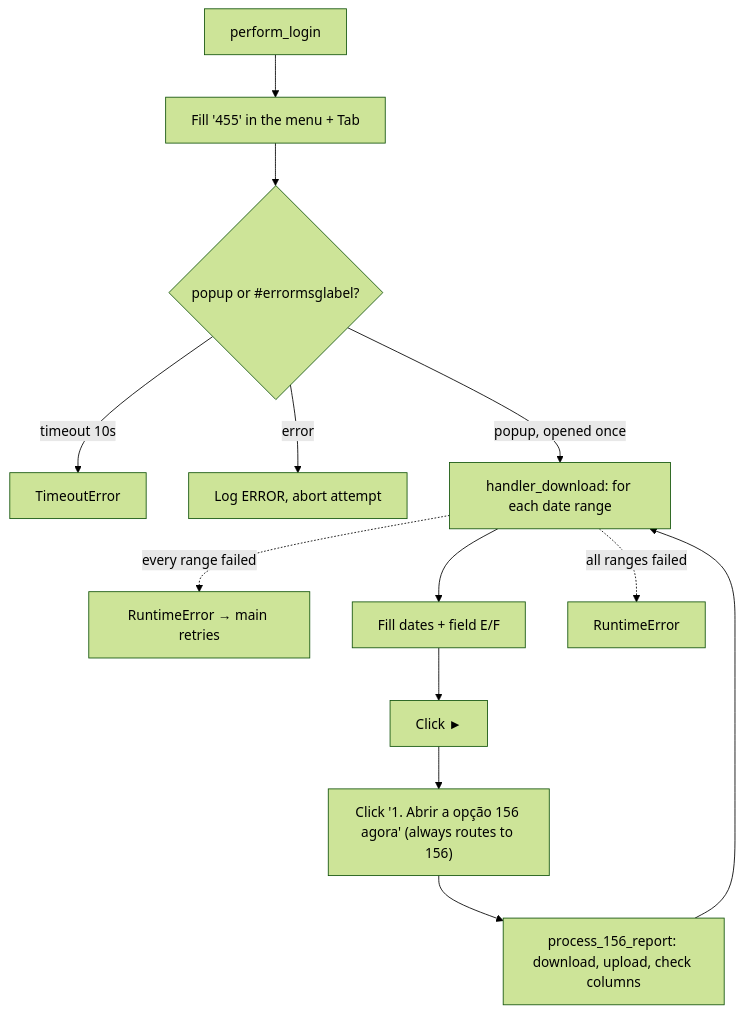
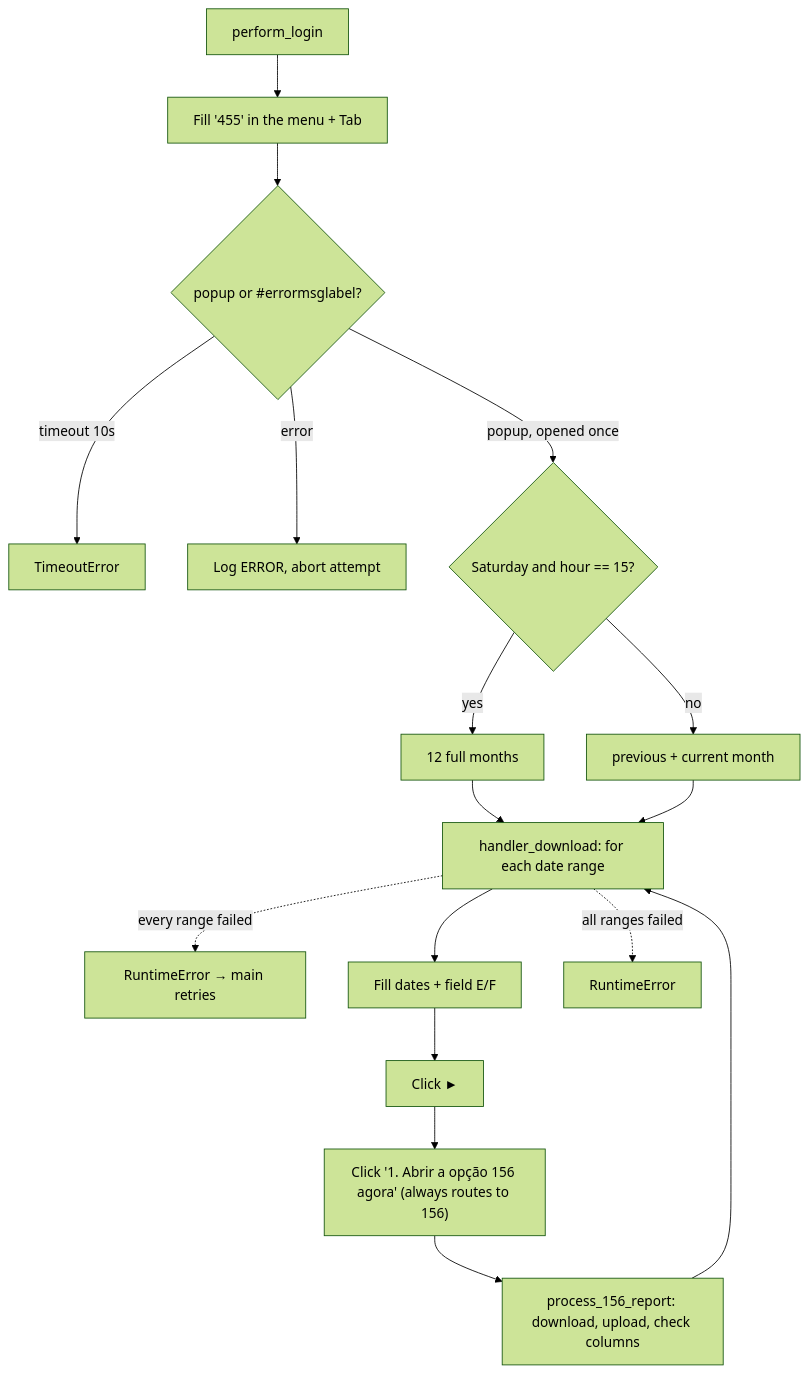
One commit to casedevalor/ssw_scraping changed the diagram in 1DOCS/bot_455F.md. Above: the diagram before and after it, drawn with Mermaid (forest theme). The commit also changed other lines of this file and 33 other files, not shown here.

First line of the commit message:
Restore 455 weekend 12-month backfill with day + hour gate

````diff
--- a/1DOCS/bot_455F.md
+++ b/1DOCS/bot_455F.md
@@ -31,15 +32,19 @@
 ```mermaid
 flowchart TD
     A[perform_login] --> B["Fill '455' in the menu + Tab"]
     B --> C0{popup or #errormsglabel?}
     C0 -->|timeout 10s| Z1[TimeoutError]
     C0 -->|error| Z2[Log ERROR, abort attempt]
-    C0 -->|popup, opened once| C[handler_download: for each date range]
+    C0 -->|popup, opened once| G0{"Saturday and hour == 15?"}
+    G0 -->|yes| R12[12 full months]
+    G0 -->|no| R2[previous + current month]
+    R12 --> C[handler_download: for each date range]
+    R2 --> C
     C -.->|every range failed| ZF[RuntimeError → main retries]
     C --> D[Fill dates + field E/F]
     D --> E[Click ►]
     E --> F["Click '1. Abrir a opção 156 agora' (always routes to 156)"]
     F --> G[process_156_report: download, upload, check columns]
     G --> C
     C -.->|all ranges failed| H[RuntimeError]
 ```
````
